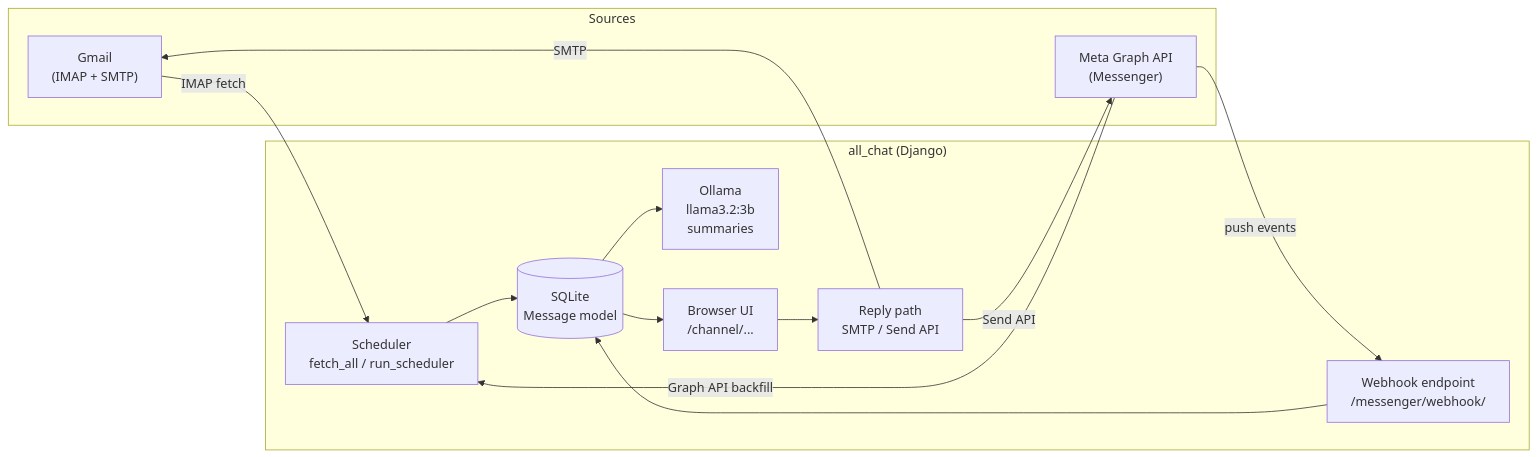
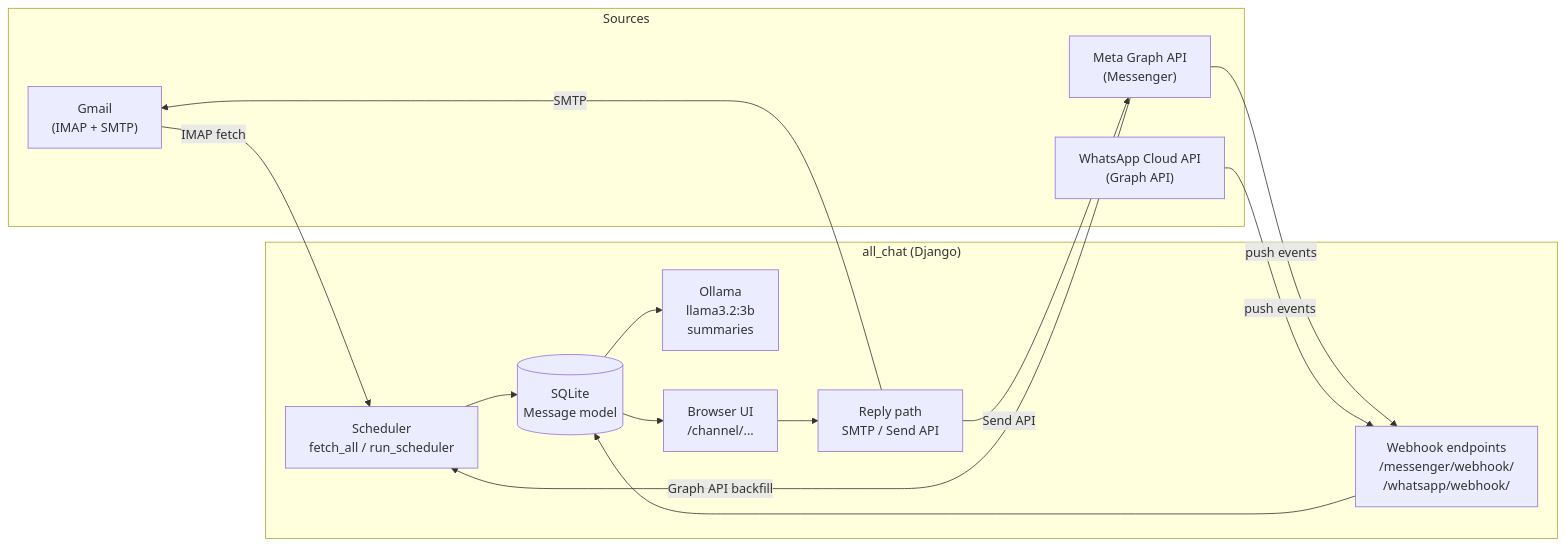
Before and after one commit to Phurba2/all_chat: the first of 10 diagrams in setup.md, drawn with Mermaid. The commit also changed other lines of this file and 6 other files, not shown here.

First line of the commit message:
Add WhatsApp auto-reply to webhook and fix env credential loading

````diff
--- a/setup.md
+++ b/setup.md
@@ -20,27 +21,29 @@
 ```mermaid
 flowchart LR
     subgraph Sources
         G["Gmail<br/>(IMAP + SMTP)"]
         M["Meta Graph API<br/>(Messenger)"]
+        W["WhatsApp Cloud API<br/>(Graph API)"]
     end
 
     subgraph all_chat["all_chat (Django)"]
         SCH["Scheduler<br/>fetch_all / run_scheduler"]
-        WH["Webhook endpoint<br/>/messenger/webhook/"]
+        WH["Webhook endpoints<br/>/messenger/webhook/<br/>/whatsapp/webhook/"]
         DB[("SQLite<br/>Message model")]
         O["Ollama<br/>llama3.2:3b<br/>summaries"]
         UI["Browser UI<br/>/channel/..."]
         REPLY["Reply path<br/>SMTP / Send API"]
     end
 
     G -->|"IMAP fetch"| SCH
     M -->|"Graph API backfill"| SCH
     M -->|"push events"| WH
+    W -->|"push events"| WH
     SCH --> DB
     WH --> DB
     DB --> O
     DB --> UI
     UI --> REPLY
     REPLY -->|"SMTP"| G
     REPLY -->|"Send API"| M
 ```
````
